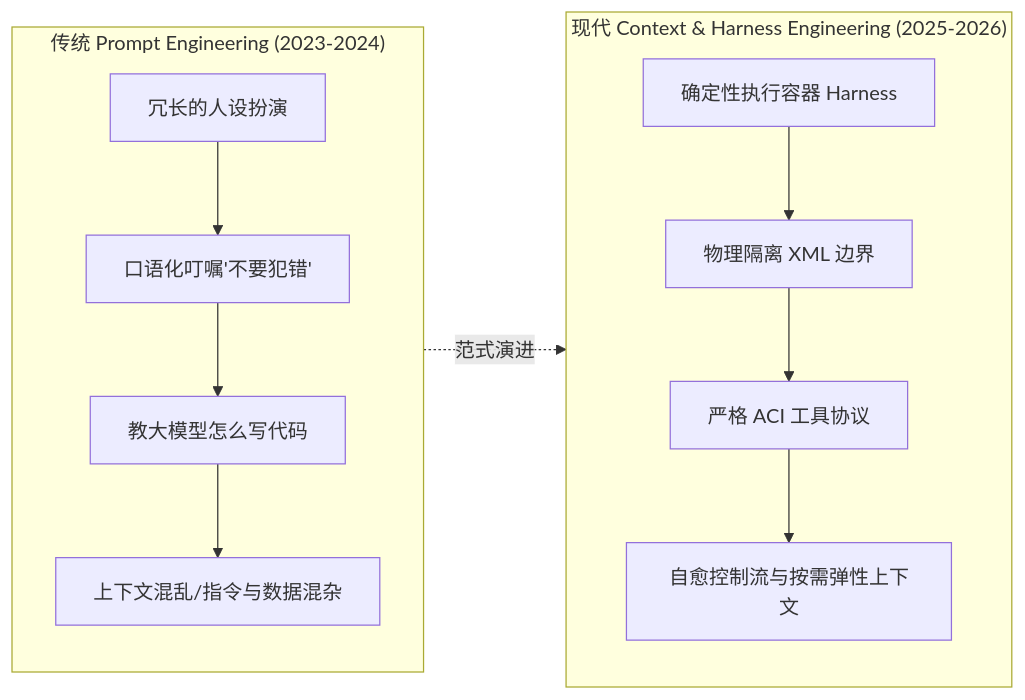
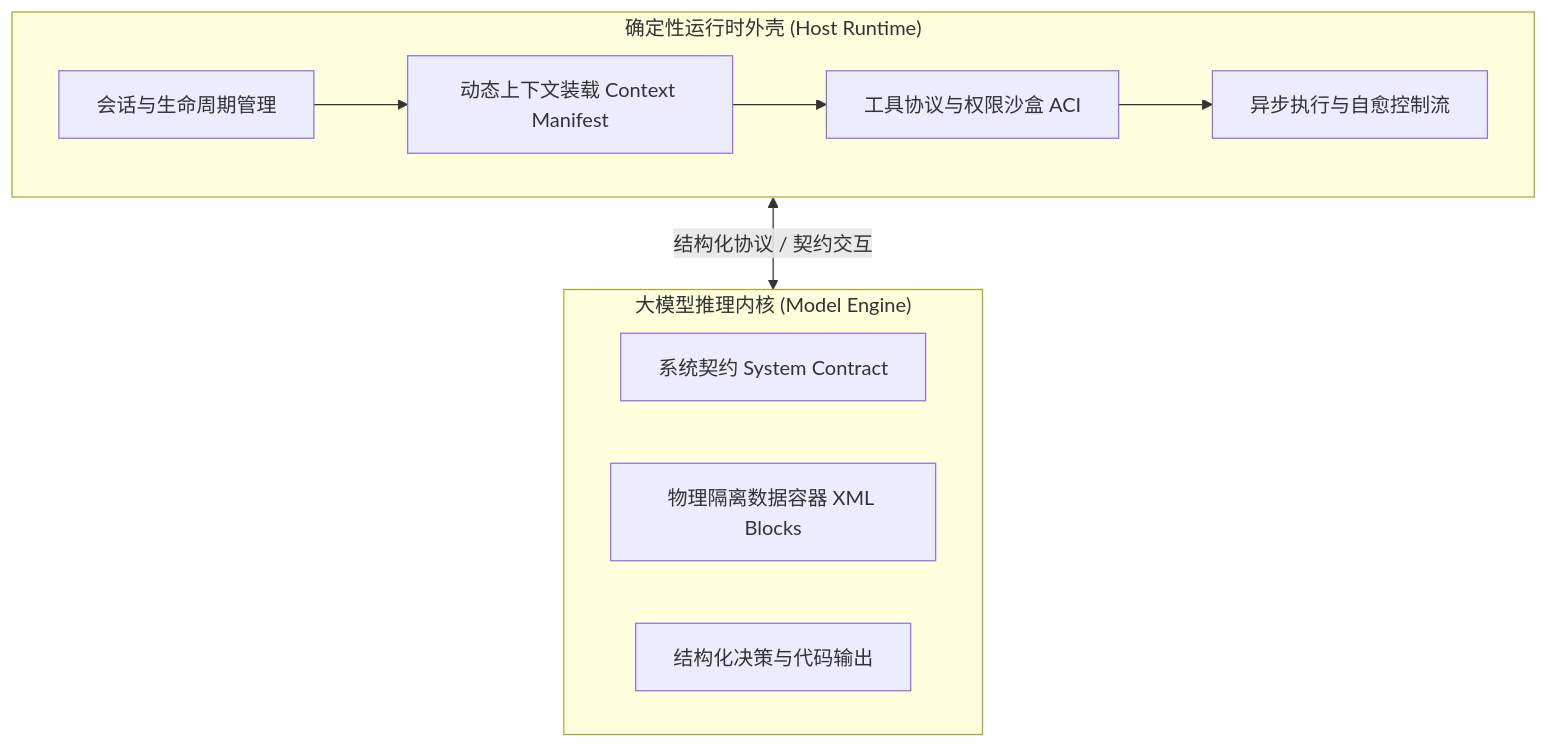
Before and after one commit to mimimaster/piwin: the diagram in apps/docs/docs/prompt-system.md, drawn with Mermaid. The commit also changed other lines of this file, not shown here.

Commit message:
docs: rewrite the prompt-system page

````diff
--- a/apps/docs/docs/prompt-system.md
+++ b/apps/docs/docs/prompt-system.md
@@ -11,16 +11,16 @@
 ```mermaid
-flowchart LR
-    subgraph Old["传统 Prompt Engineering (2023-2024)"]
-        A[冗长的人设扮演] --> B[口语化叮嘱'不要犯错']
-        B --> C[教大模型怎么写代码]
-        C --> D[上下文混乱/指令与数据混杂]
+flowchart TD
+    subgraph Harness["确定性运行时外壳 (Host Runtime)"]
+        A[会话与生命周期管理] --> B[动态上下文装载 Context Manifest]
+        B --> C[工具协议与权限沙盒 ACI]
+        C --> D[异步执行与自愈控制流]
     end
 
-    subgraph New["现代 Context & Harness Engineering (2025-2026)"]
-        E[确定性执行容器 Harness] --> F[物理隔离 XML 边界]
-        F --> G[严格 ACI 工具协议]
-        G --> H[自愈控制流与按需弹性上下文]
+    subgraph LLM["大模型推理内核 (Model Engine)"]
+        E[系统契约 System Contract]
+        F[物理隔离数据容器 XML Blocks]
+        G[结构化决策与代码输出]
     end
 
-    Old -.->|范式演进| New
+    Harness <-->|结构化协议 / 契约交互| LLM
 ```
````
